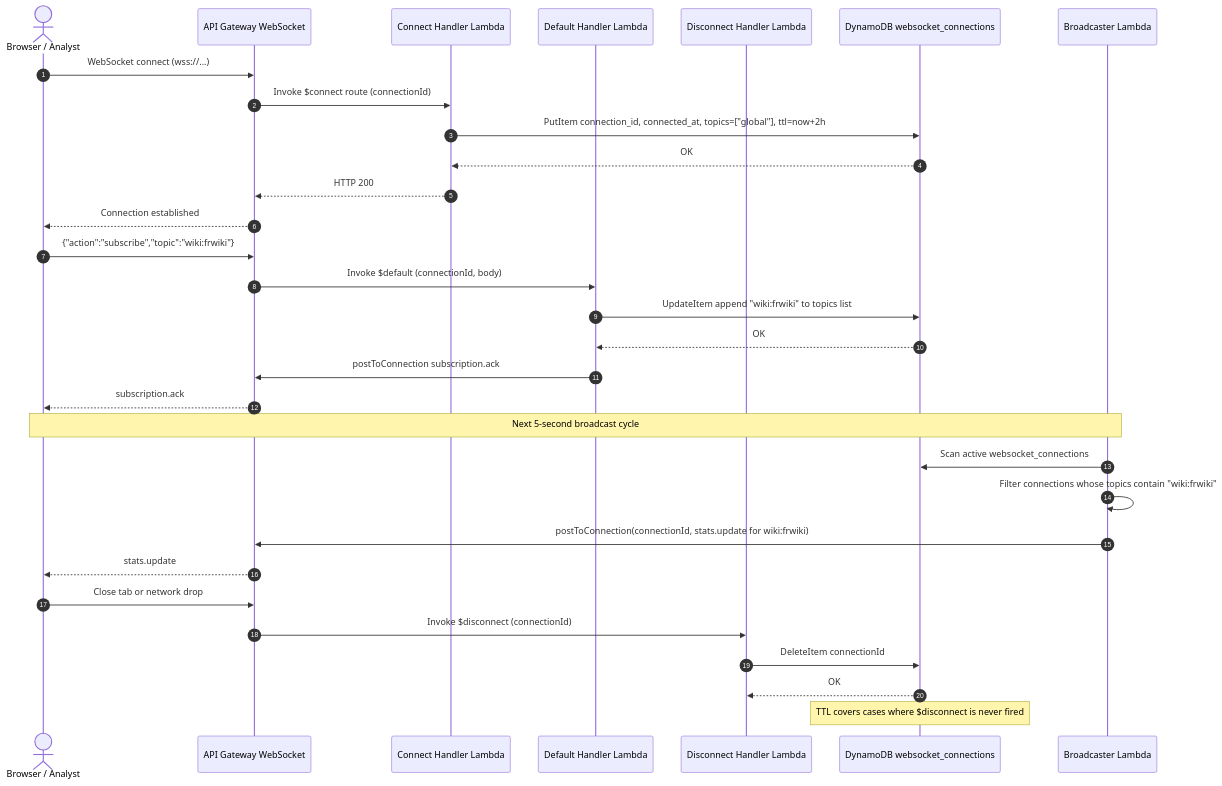
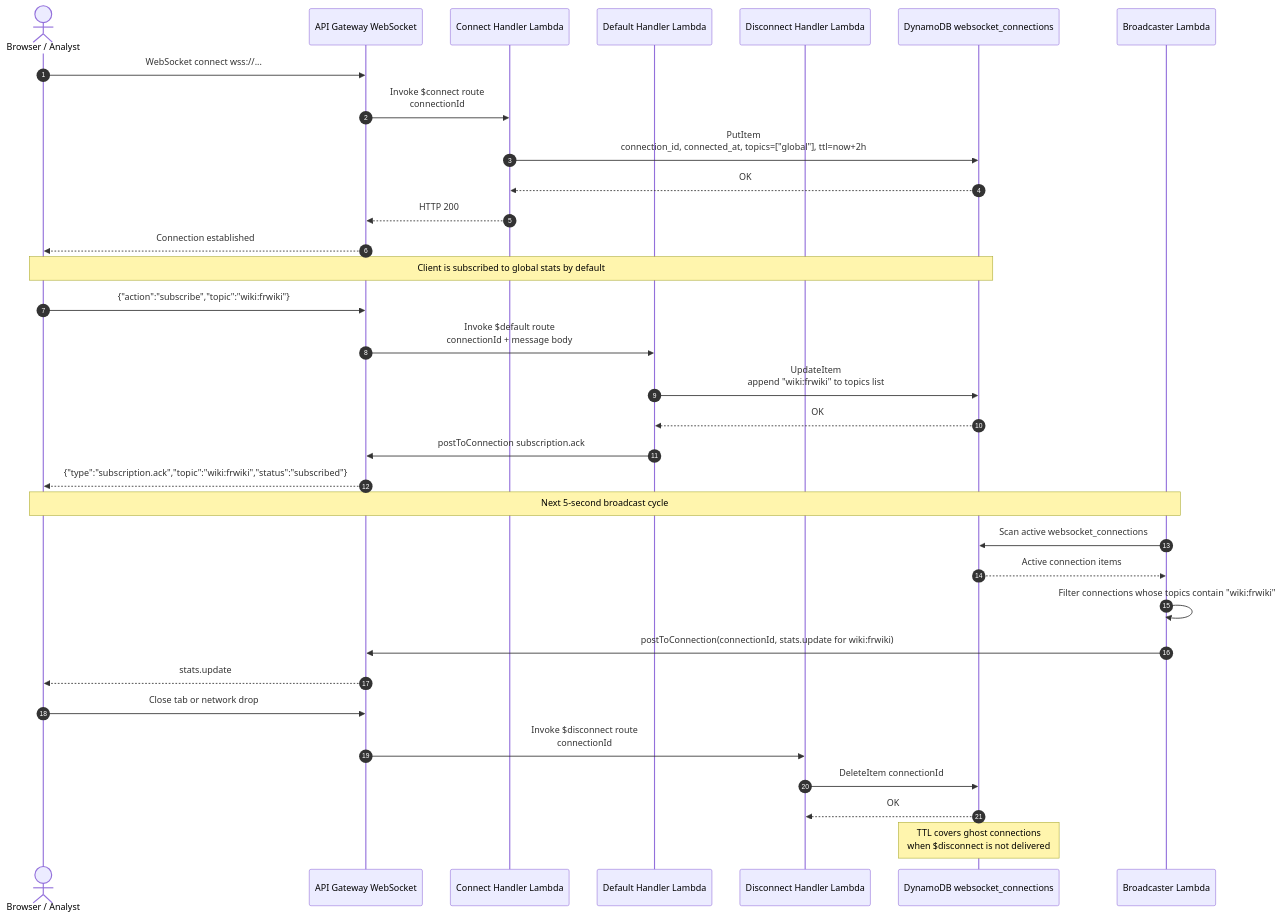
The second of 6 diagrams in documentation/sequence-diagrams.md (TalelKarim/realtime-media-analytics-platform), drawn with Mermaid before and after one commit. The commit also changed other lines of this file and 2 other files, not shown here.

````diff
--- a/documentation/sequence-diagrams.md
+++ b/documentation/sequence-diagrams.md
@@ -71,38 +84,43 @@
 ```mermaid
 sequenceDiagram
   autonumber
   actor User as Browser / Analyst
   participant AGW as API Gateway WebSocket
   participant CNX as Connect Handler Lambda
   participant DEF as Default Handler Lambda
   participant DCN as Disconnect Handler Lambda
   participant DBC as DynamoDB websocket_connections
   participant BRD as Broadcaster Lambda
 
-  User->>AGW: WebSocket connect (wss://...)
-  AGW->>CNX: Invoke $connect route (connectionId)
-  CNX->>DBC: PutItem connection_id, connected_at, topics=["global"], ttl=now+2h
+  User->>AGW: WebSocket connect wss://...
+  AGW->>CNX: Invoke $connect route<br/>connectionId
+  CNX->>DBC: PutItem<br/>connection_id, connected_at, topics=["global"], ttl=now+2h
   DBC-->>CNX: OK
   CNX-->>AGW: HTTP 200
   AGW-->>User: Connection established
 
+  Note over User,DBC: Client is subscribed to global stats by default
+
   User->>AGW: {"action":"subscribe","topic":"wiki:frwiki"}
-  AGW->>DEF: Invoke $default (connectionId, body)
-  DEF->>DBC: UpdateItem append "wiki:frwiki" to topics list
+  AGW->>DEF: Invoke $default route<br/>connectionId + message body
+  DEF->>DBC: UpdateItem<br/>append "wiki:frwiki" to topics list
   DBC-->>DEF: OK
   DEF->>AGW: postToConnection subscription.ack
-  AGW-->>User: subscription.ack
+  AGW-->>User: {"type":"subscription.ack","topic":"wiki:frwiki","status":"subscribed"}
 
   Note over BRD,User: Next 5-second broadcast cycle
 
   BRD->>DBC: Scan active websocket_connections
+  DBC-->>BRD: Active connection items
   BRD->>BRD: Filter connections whose topics contain "wiki:frwiki"
+
   BRD->>AGW: postToConnection(connectionId, stats.update for wiki:frwiki)
   AGW-->>User: stats.update
 
   User->>AGW: Close tab or network drop
-  AGW->>DCN: Invoke $disconnect (connectionId)
+  AGW->>DCN: Invoke $disconnect route<br/>connectionId
   DCN->>DBC: DeleteItem connectionId
   DBC-->>DCN: OK
-  Note over DBC: TTL covers cases where $disconnect is never fired
+
+  Note over DBC: TTL covers ghost connections<br/>when $disconnect is not delivered
 ```
````
